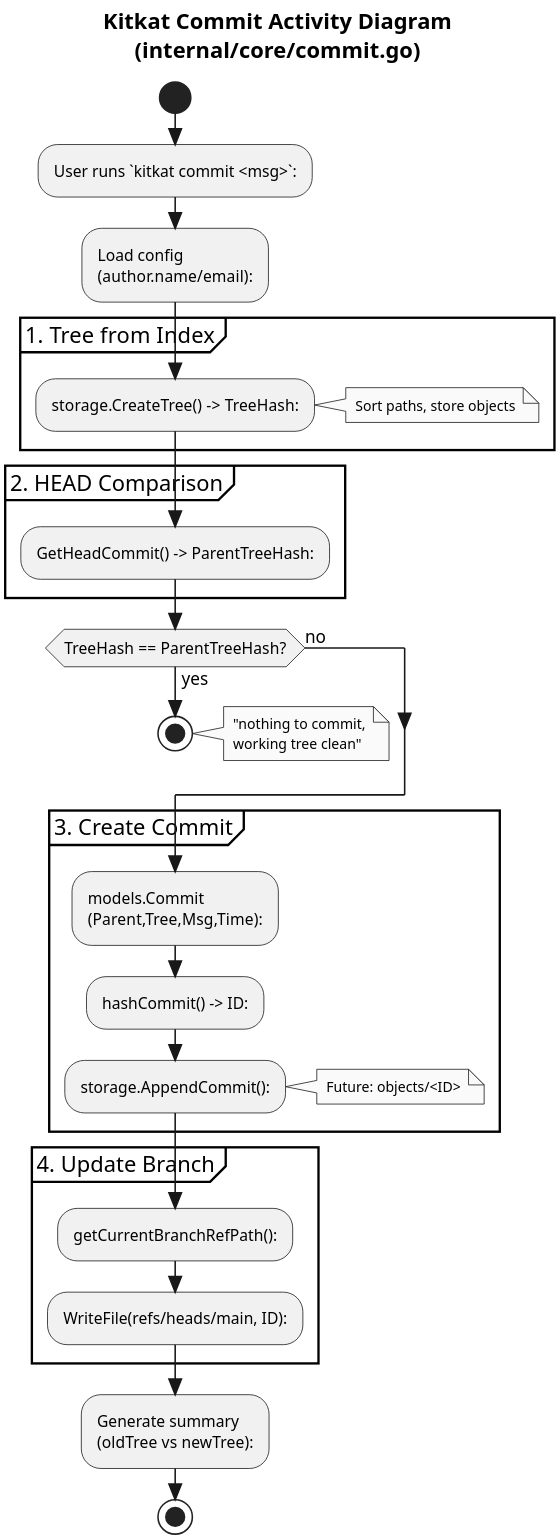
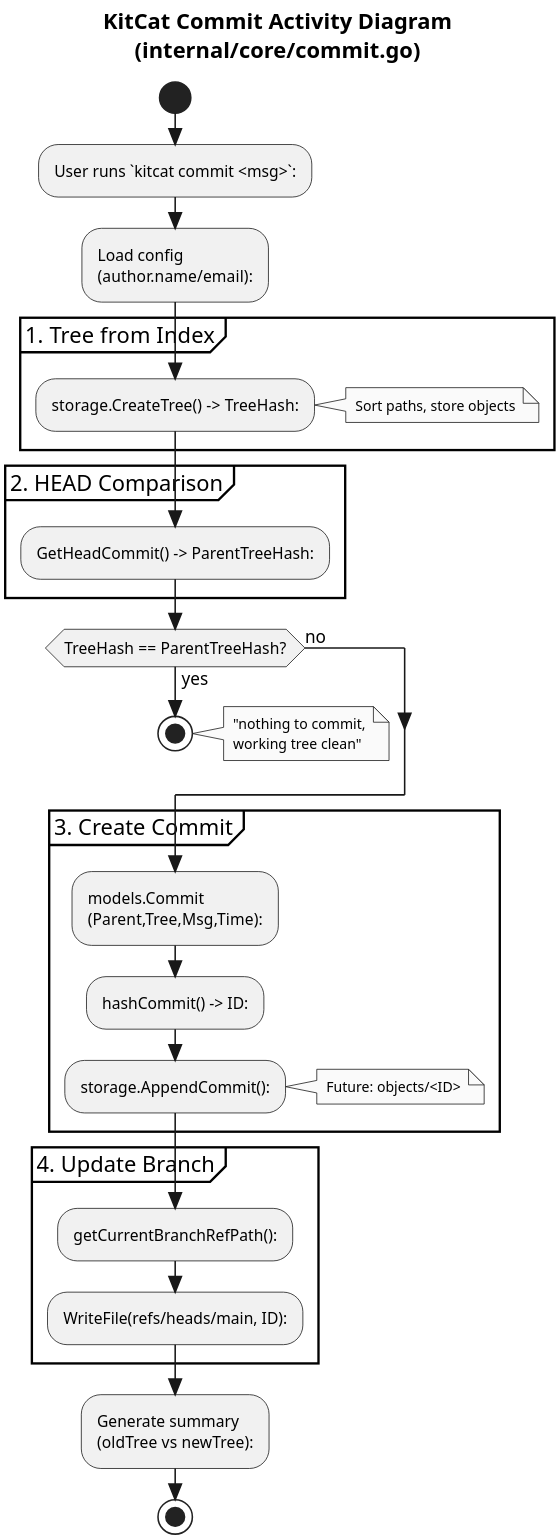
Before and after one commit to LeeFred3042U/kitkat: the diagram in docs/architecture/commit/commit.puml, drawn with PlantUML. The commit also changed 47 other files, not shown here.

Commit message:
chore: change kitkat to kitcat (#147)

```diff
--- a/docs/architecture/commit/commit.puml
+++ b/docs/architecture/commit/commit.puml
@@ -1,44 +1,44 @@
 @startuml commit
-title Kitkat Commit Activity Diagram\n(internal/core/commit.go)
+title KitCat Commit Activity Diagram\n(internal/core/commit.go)
 skinparam style strictuml
 skinparam monochrome true
 skinparam shadowing false
 skinparam dpi 300
 skinparam activityFontSize 10
 skinparam noteFontSize 9
 
 start
-:User runs `kitkat commit <msg>`:;
+:User runs `kitcat commit <msg>`:;
 
 :Load config\n(author.name/email):;
 
 partition "1. Tree from Index" {
   :storage.CreateTree() -> TreeHash:;
   note right: Sort paths, store objects
 }
 
 partition "2. HEAD Comparison" {
   :GetHeadCommit() -> ParentTreeHash:;
 }
 
 if (TreeHash == ParentTreeHash?) then (yes)
   stop
   note right: "nothing to commit,\nworking tree clean"
 else (no)
 endif
 
 partition "3. Create Commit" {
   :models.Commit\n(Parent,Tree,Msg,Time):;
   :hashCommit() -> ID:;
   :storage.AppendCommit():;
   note right: Future: objects/<ID>
 }
 
 partition "4. Update Branch" {
   :getCurrentBranchRefPath():;
   :WriteFile(refs/heads/main, ID):;
 }
 
 :Generate summary\n(oldTree vs newTree):;
 stop
 @enduml
```
